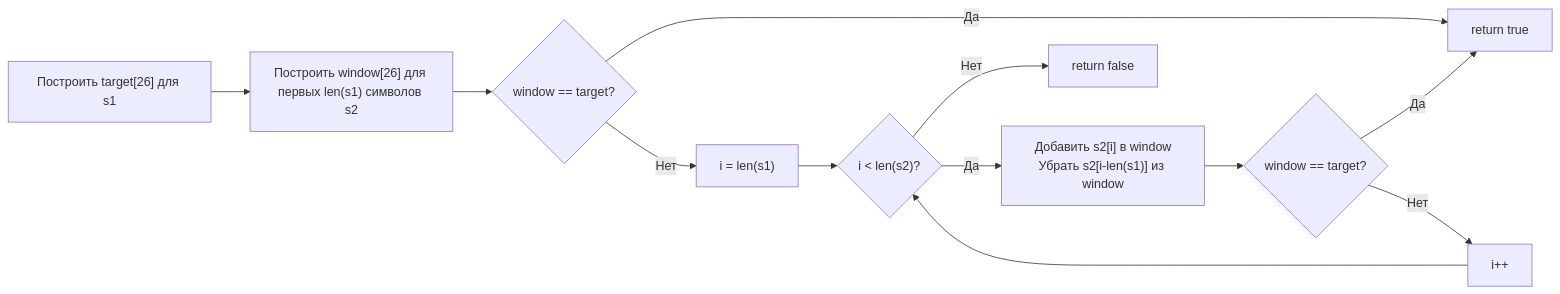
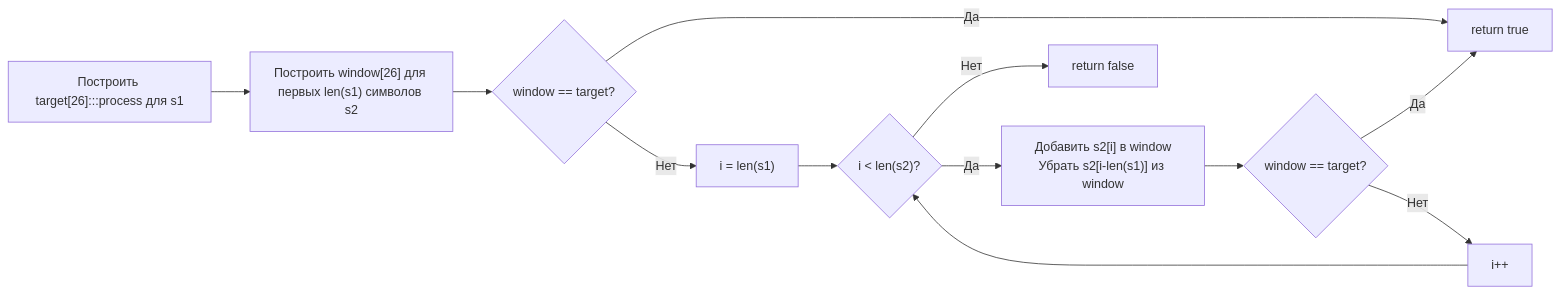
Before and after one commit to UnrealTemplier/go-textbook: the diagram in sources/21. Задачи с LeetCode и собеседований на Go/02. Задачи/03. Скользящее окно/6. Permutation in String.md, drawn with Mermaid. The commit also changed 1666 other files, not shown here.

First line of the commit message:
feat(mermaid): add semantic color classDef to 1369 colorless flowchart/graph diagrams

````diff
--- a/sources/21. Задачи с LeetCode и собеседований на Go/02. Задачи/03. Скользящее окно/6. Permutation in String.md
+++ b/sources/21. Задачи с LeetCode и собеседований на Go/02. Задачи/03. Скользящее окно/6. Permutation in String.md
@@ -68,14 +68,24 @@
 ```mermaid
 flowchart LR
-    A["Построить target[26] для s1"] --> B["Построить window[26] для первых len(s1) символов s2"]
+    classDef process  fill:#1e293b,stroke:#38bdf8,stroke-width:1px,color:#f8fafc
+    classDef success  fill:#064e3b,stroke:#34d399,stroke-width:1px,color:#f8fafc
+    classDef error    fill:#7f1d1d,stroke:#f87171,stroke-width:1px,color:#f8fafc
+    classDef warning  fill:#78350f,stroke:#fbbf24,stroke-width:1px,color:#f8fafc
+    classDef entry    fill:#1e3a5f,stroke:#38bdf8,stroke-width:2px,color:#f8fafc
+    classDef aux      fill:#334155,stroke:#64748b,stroke-width:1px,color:#f8fafc
+    classDef system   fill:#312e81,stroke:#a78bfa,stroke-width:1px,color:#f8fafc
+    classDef data     fill:#132d29,stroke:#2dd4bf,stroke-width:1px,color:#f8fafc
+    classDef network  fill:#881337,stroke:#fb7185,stroke-width:1px,color:#f8fafc
+    classDef accent   fill:#1e1b4b,stroke:#818cf8,stroke-width:1px,color:#f8fafc
+    A["Построить target[26]:::process для s1"] --> B["Построить window[26] для первых len(s1) символов s2"]
     B --> C{"window == target?"}
     C -->|"Да"| D["return true"]
     C -->|"Нет"| E["i = len(s1)"]
     E --> F{"i < len(s2)?"}
     F -->|"Да"| G["Добавить s2[i] в window<br>Убрать s2[i-len(s1)] из window"]
     G --> H{"window == target?"}
     H -->|"Да"| D
     H -->|"Нет"| I["i++"]
     I --> F
     F -->|"Нет"| J["return false"]
 ```
````
